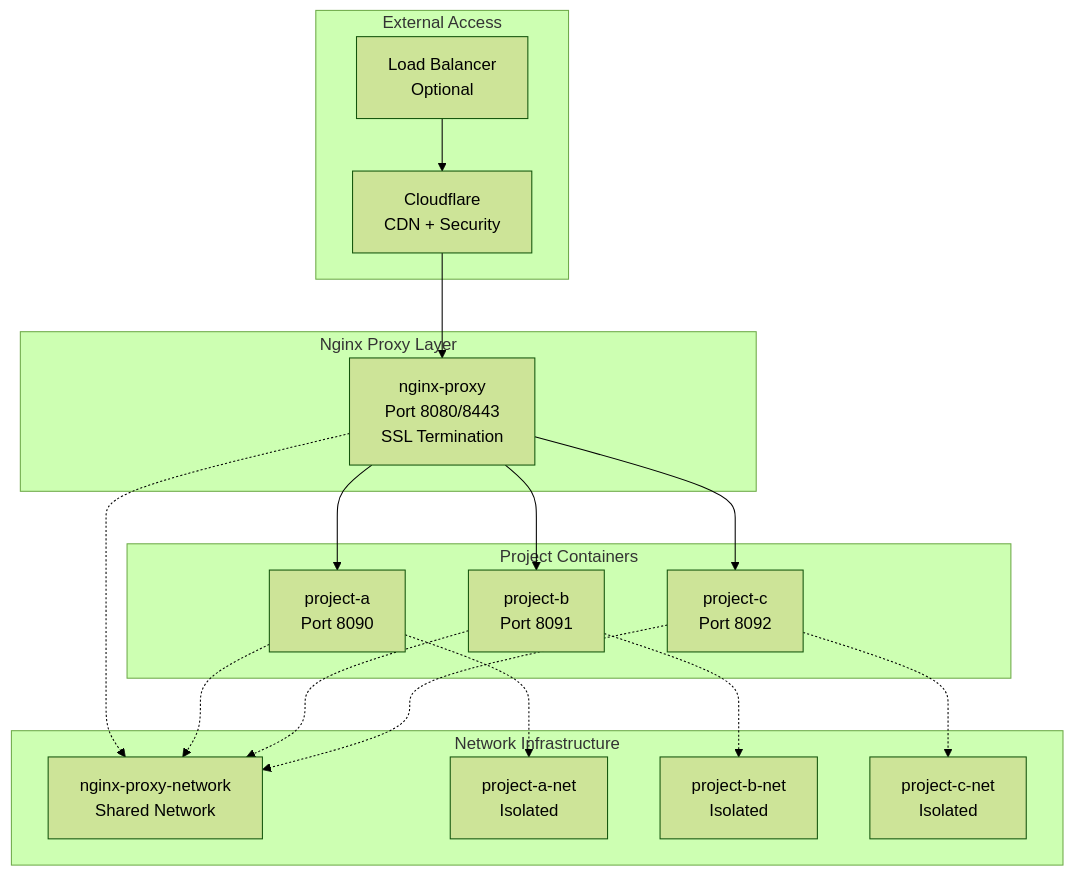
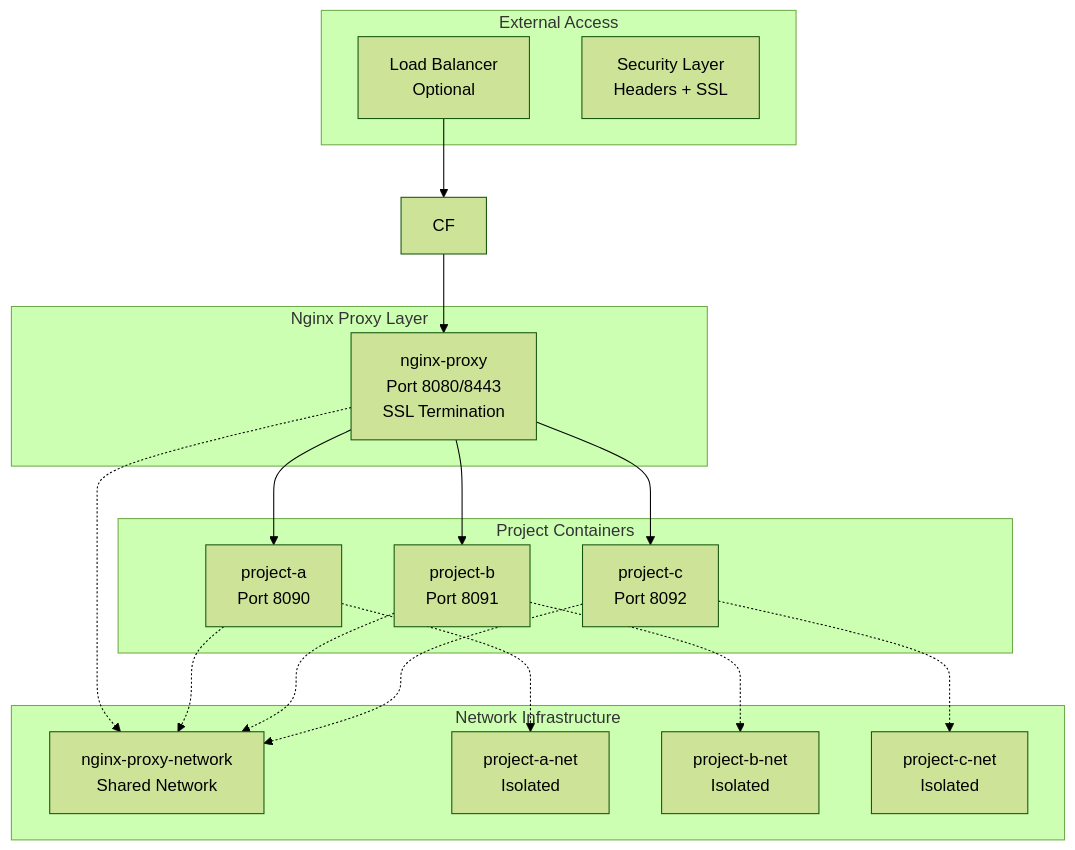
The diagram in docs/project-overview.md (isudoajl/nginx-multi-project), drawn with Mermaid (forest theme) before and after one commit. The commit also changed other lines of this file and 51 other files, not shown here.

````diff
--- a/docs/project-overview.md
+++ b/docs/project-overview.md
@@ -55,39 +55,39 @@
 ```mermaid
 graph TB
     subgraph "External Access"
         LB[Load Balancer<br/>Optional]
-        CF[Cloudflare<br/>CDN + Security]
+        SEC[Security Layer<br/>Headers + SSL]
     end
     
     subgraph "Nginx Proxy Layer"
         NP[nginx-proxy<br/>Port 8080/8443<br/>SSL Termination]
     end
     
     subgraph "Project Containers"
         P1[project-a<br/>Port 8090]
         P2[project-b<br/>Port 8091]
         P3[project-c<br/>Port 8092]
     end
     
     subgraph "Network Infrastructure"
         SN[nginx-proxy-network<br/>Shared Network]
         N1[project-a-net<br/>Isolated]
         N2[project-b-net<br/>Isolated]
         N3[project-c-net<br/>Isolated]
     end
     
     LB --> CF
     CF --> NP
     NP --> P1
     NP --> P2
     NP --> P3
     
     NP -.-> SN
     P1 -.-> SN
     P2 -.-> SN
     P3 -.-> SN
     
     P1 -.-> N1
     P2 -.-> N2
     P3 -.-> N3
 ```
````
